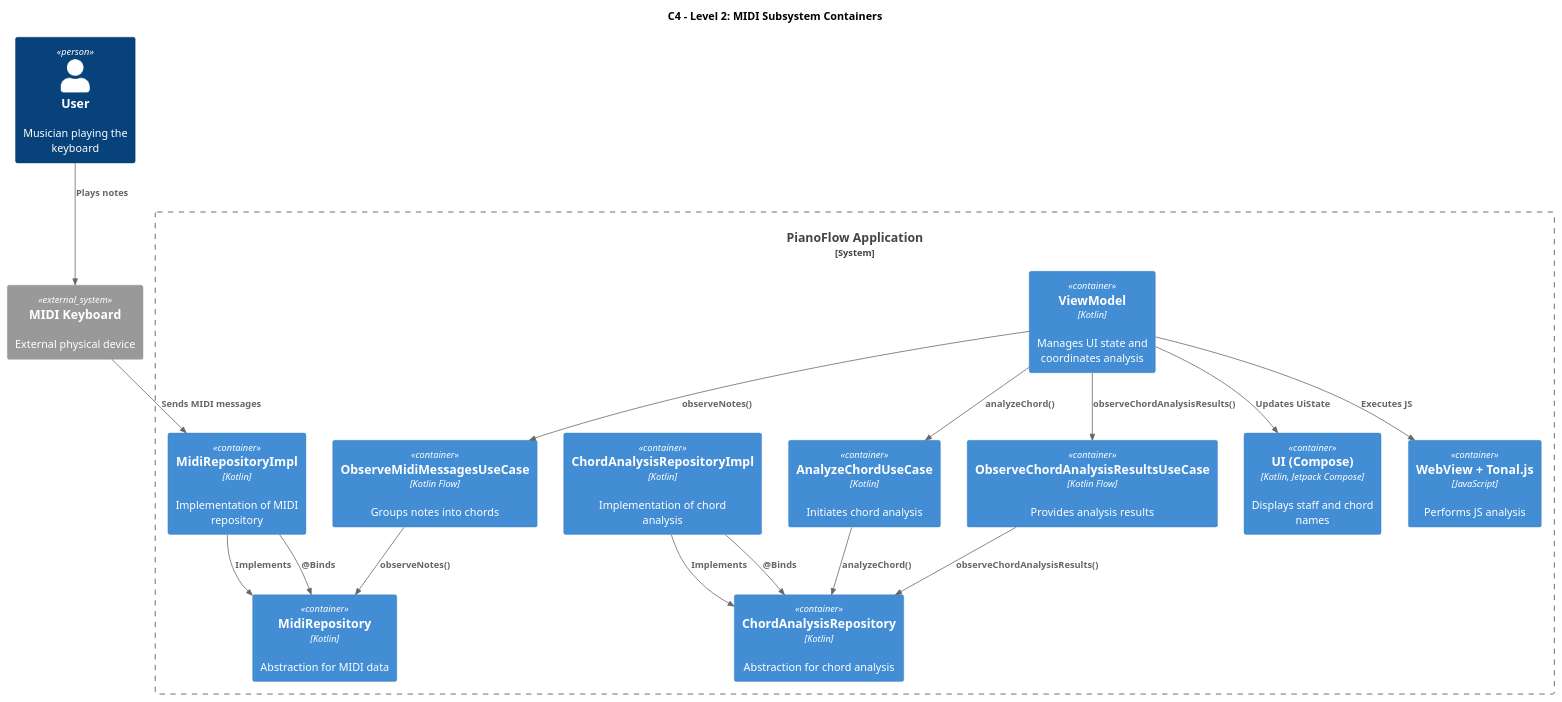
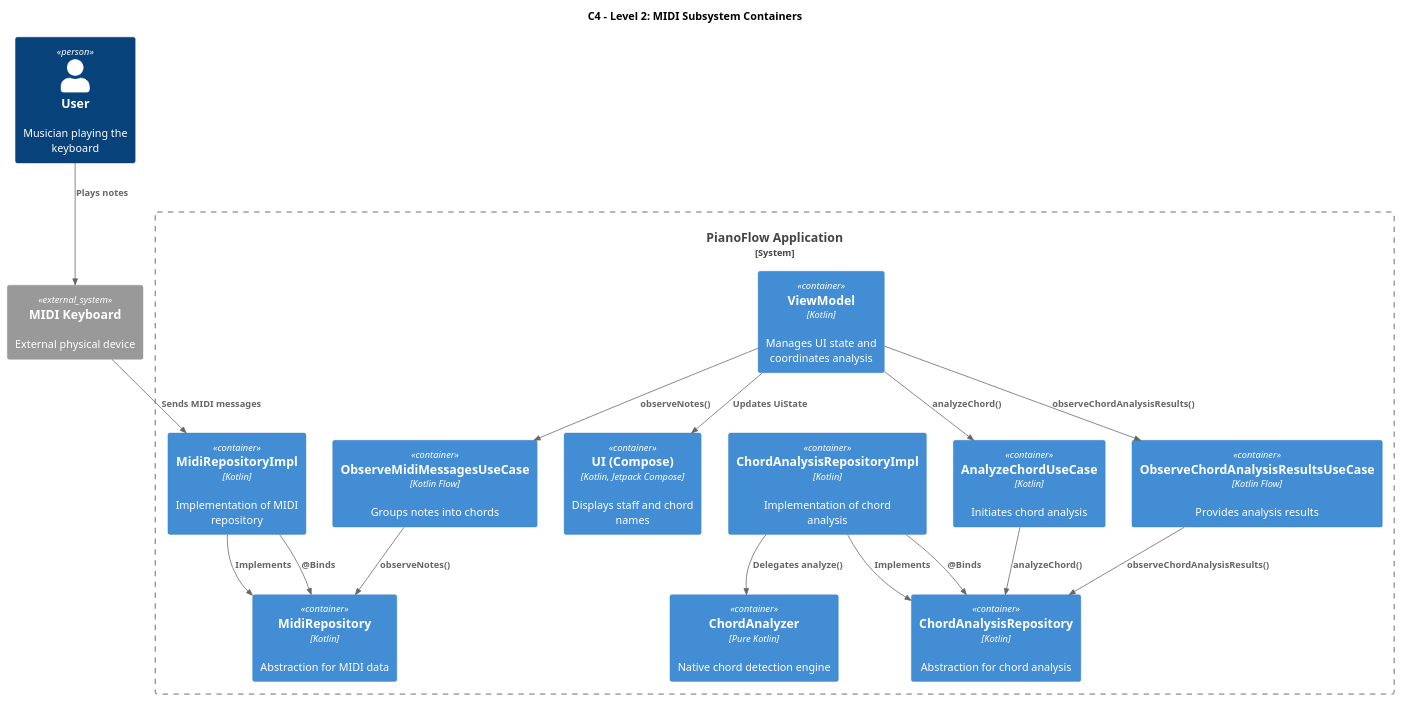
The first of 9 diagrams in docs/en/specs/MIDI_MESSAGE_PROCESSING.md (astrizhachuk/PianoFlow), drawn with PlantUML before and after one commit. The commit also changed other lines of this file and 3 other files, not shown here.

First line of the commit message:
docs: add CHORD_ANALYSIS spec and update MIDI_MESSAGE_PROCESSING for native Kotlin analysis

````diff
--- a/docs/en/specs/MIDI_MESSAGE_PROCESSING.md
+++ b/docs/en/specs/MIDI_MESSAGE_PROCESSING.md
@@ -20,44 +20,43 @@
 ```plantuml
 @startuml
 !include https://raw.githubusercontent.com/plantuml-stdlib/C4-PlantUML/master/C4_Container.puml
 
 title C4 - Level 2: MIDI Subsystem Containers
 
 Person(user, "User", "Musician playing the keyboard")
 System_Ext(midi_device, "MIDI Keyboard", "External physical device")
 
 System_Boundary(piano_flow, "PianoFlow Application") {
     Container(ui, "UI (Compose)", "Kotlin, Jetpack Compose", "Displays staff and chord names")
     Container(vm, "ViewModel", "Kotlin", "Manages UI state and coordinates analysis")
     Container(observe_midi, "ObserveMidiMessagesUseCase", "Kotlin Flow", "Groups notes into chords")
     Container(analyze_chord, "AnalyzeChordUseCase", "Kotlin", "Initiates chord analysis")
     Container(observe_chord, "ObserveChordAnalysisResultsUseCase", "Kotlin Flow", "Provides analysis results")
     Container(midi_repo, "MidiRepository", "Kotlin", "Abstraction for MIDI data")
     Container(chord_repo, "ChordAnalysisRepository", "Kotlin", "Abstraction for chord analysis")
     Container(midi_repo_impl, "MidiRepositoryImpl", "Kotlin", "Implementation of MIDI repository")
     Container(chord_repo_impl, "ChordAnalysisRepositoryImpl", "Kotlin", "Implementation of chord analysis")
-    Container(webview_js, "WebView + Tonal.js", "JavaScript", "Performs JS analysis")
+    Container(chord_analyzer, "ChordAnalyzer", "Pure Kotlin", "Native chord detection engine")
 }
 
 Rel(user, midi_device, "Plays notes")
 Rel(midi_device, midi_repo_impl, "Sends MIDI messages")
 Rel(midi_repo_impl, midi_repo, "Implements")
 Rel(chord_repo_impl, chord_repo, "Implements")
-
-Rel(vm, webview_js, "Executes JS")
+Rel(chord_repo_impl, chord_analyzer, "Delegates analyze()")
 
 Rel(vm, observe_midi, "observeNotes()")
 Rel(vm, analyze_chord, "analyzeChord()")
 Rel(vm, observe_chord, "observeChordAnalysisResults()")
 
 Rel(observe_midi, midi_repo, "observeNotes()")
 Rel(analyze_chord, chord_repo, "analyzeChord()")
 Rel(observe_chord, chord_repo, "observeChordAnalysisResults()")
 
 Rel(midi_repo_impl, midi_repo, "@Binds")
 Rel(chord_repo_impl, chord_repo, "@Binds")
 
 Rel(vm, ui, "Updates UiState")
 
 @enduml
 ```
````
